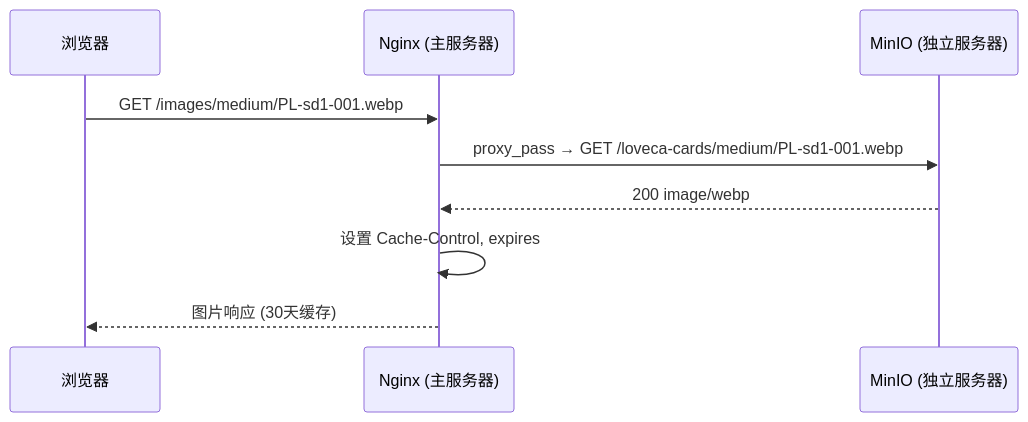
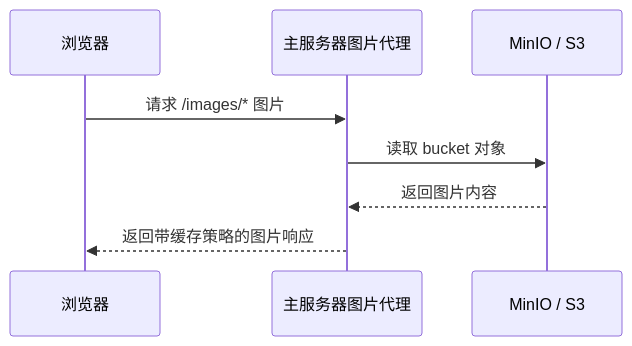
The second of 2 diagrams in docs/minio-requirements.md (catmeow123456/loveca-dev), drawn with Mermaid before and after one commit. The commit also changed other lines of this file and 42 other files, not shown here.

````diff
--- a/docs/minio-requirements.md
+++ b/docs/minio-requirements.md
@@ -202,12 +80,11 @@
 ```mermaid
 sequenceDiagram
-    participant B as 浏览器
-    participant N as Nginx (主服务器)
-    participant M as MinIO (独立服务器)
+    participant Browser as 浏览器
+    participant Proxy as 主服务器图片代理
+    participant Store as MinIO / S3
 
-    B->>N: GET /images/medium/PL-sd1-001.webp
-    N->>M: proxy_pass → GET /loveca-cards/medium/PL-sd1-001.webp
-    M-->>N: 200 image/webp
-    N->>N: 设置 Cache-Control, expires
-    N-->>B: 图片响应 (30天缓存)
+    Browser->>Proxy: 请求 /images/* 图片
+    Proxy->>Store: 读取 bucket 对象
+    Store-->>Proxy: 返回图片内容
+    Proxy-->>Browser: 返回带缓存策略的图片响应
 ```
````
